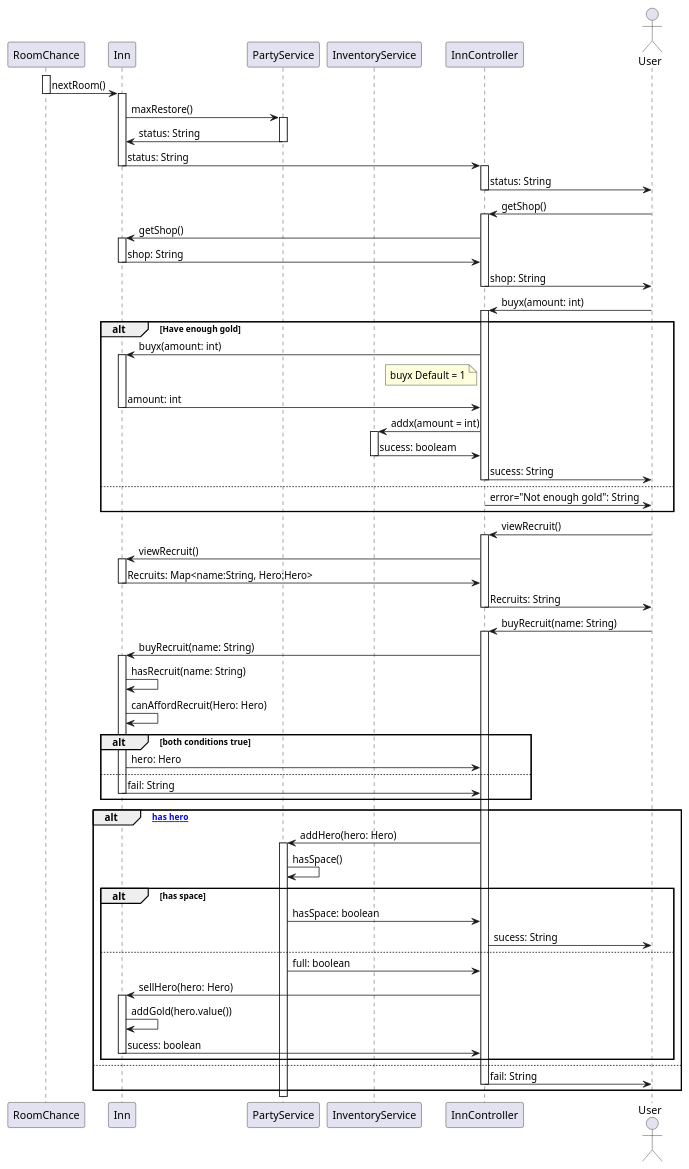
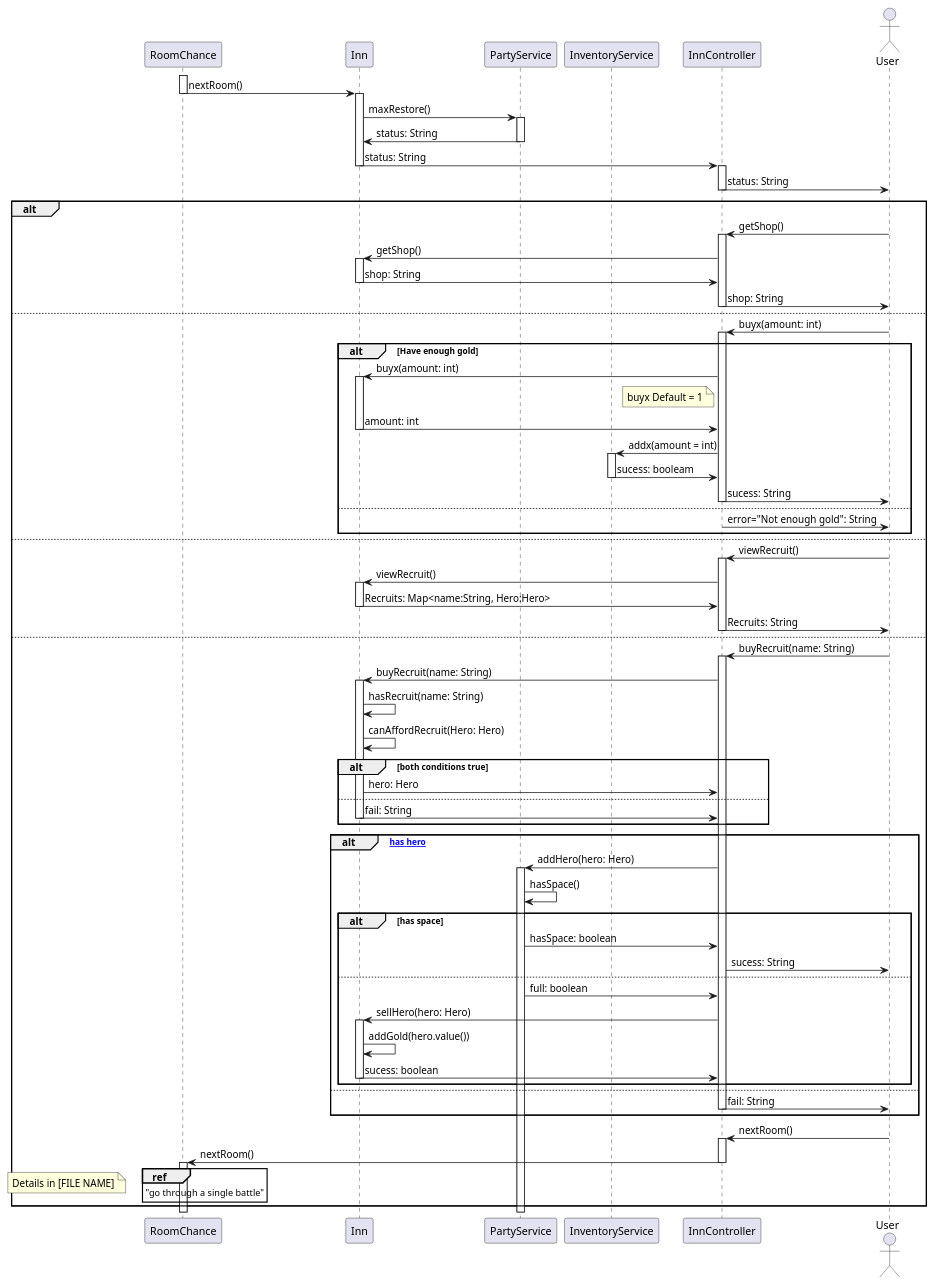
The diagram in rpg-legends/docs/uml/interact-with-inn.puml (JosefG50/2203-Legends-of-Sword-and-Wand), drawn with PlantUML before and after one commit. The commit also changed 1 other file, not shown here.

Commit message:
[feat] completed intereact-with-inn.puml

```diff
--- a/rpg-legends/docs/uml/interact-with-inn.puml
+++ b/rpg-legends/docs/uml/interact-with-inn.puml
@@ -1,123 +1,139 @@
 @startuml
 
 participant RoomChance
 
 ' Inn is concrete that the user 
 ' "revists" throughout campaign
 participant Inn 
 ' participant PartyController
 participant PartyService
 participant InventoryService
 participant InnController
 actor User
 
 
 ' RoomChance selects Inn
 activate RoomChance
 RoomChance -> Inn: nextRoom()
 deactivate RoomChance
 activate Inn
 
 Inn -> PartyService: maxRestore()
 activate PartyService
 
 
 PartyService -> Inn: status: String
 deactivate PartyService
 Inn -> InnController: status: String 
 deactivate Inn
 activate InnController
 
 
 InnController -> User: status: String
 deactivate InnController
+' User given option to pick one of many different commands
 
+alt
 ' User wants to View Shop
 User -> InnController: getShop()
 activate InnController
 
 InnController -> Inn: getShop()
 activate Inn
 Inn -> InnController: shop: String
 deactivate Inn
 InnController -> User: shop: String
 deactivate InnController
 
+else
 ' User attempts to buy item
 User -> InnController: buyx(amount: int)
 activate InnController
 ' Checks if they have enough gold
 alt Have enough gold
 InnController -> Inn: buyx(amount: int)
 activate Inn
 
 note left of InnController
 buyx Default = 1
 end note
 
 Inn -> InnController: amount: int
 deactivate Inn
 ' add to InventoryService
 InnController -> InventoryService: addx(amount = int)
 activate InventoryService
 InventoryService -> InnController: sucess: booleam
 deactivate InventoryService
 InnController -> User: sucess: String
 deactivate InnController
 else
 InnController -> User: error="Not enough gold": String
 deactivate InnController
 end
 
+else
 ' view recuitment
 User -> InnController: viewRecruit()
 activate InnController
 InnController -> Inn: viewRecruit()
 activate Inn
 Inn -> InnController: Recruits: Map<name:String, Hero:Hero>
 deactivate Inn
 InnController -> User: Recruits: String
 deactivate InnController
 
+else
 ' User attempts to recruit
 User -> InnController: buyRecruit(name: String)
 activate InnController
 
 ' First, Attempts to buy Recruit
 InnController -> Inn: buyRecruit(name: String)
 activate Inn
 Inn -> Inn: hasRecruit(name: String)
 Inn -> Inn: canAffordRecruit(Hero: Hero)
 
 alt both conditions true
 Inn -> InnController: hero: Hero
 else
 Inn -> InnController: fail: String
 deactivate Inn
 end
 
 ' Attempts to Add Recruit to Party
 alt [InnController has hero]
 InnController -> PartyService: addHero(hero: Hero)
 activate PartyService
 
 PartyService -> PartyService: hasSpace()
 alt has space
 PartyService -> InnController: hasSpace: boolean
 InnController -> User: sucess: String
 
 else
 PartyService -> InnController: full: boolean
 InnController -> Inn: sellHero(hero: Hero)
 activate Inn 
 Inn -> Inn: addGold(hero.value())
 Inn -> InnController: sucess: boolean
 deactivate Inn
 end
 else 
 InnController -> User: fail: String
 deactivate InnController
 end
-' Check if Name Exist
-'
+'Go to Next Room
+User -> InnController: nextRoom()
+activate InnController
+InnController -> RoomChance: nextRoom()
+deactivate InnController
+activate RoomChance
+
+ref over RoomChance:"go through a single battle"
+    note left 
+        Details in [FILE NAME]
+    end note 
+deactivate RoomChance
+end
 @enduml
```
